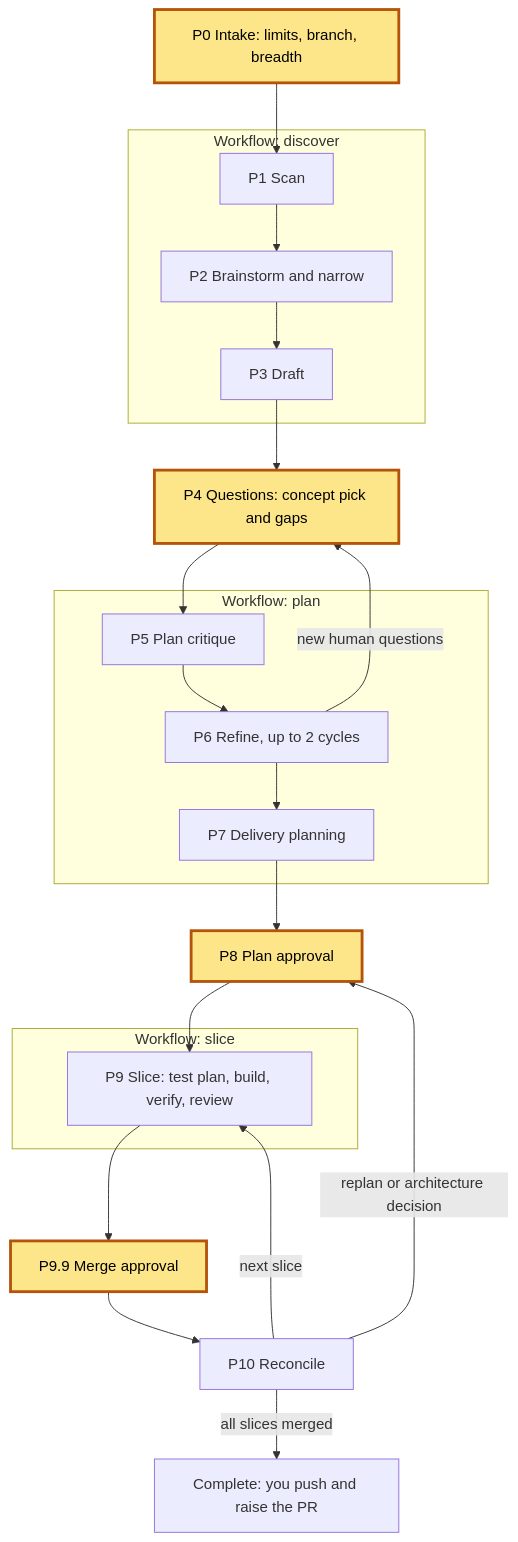
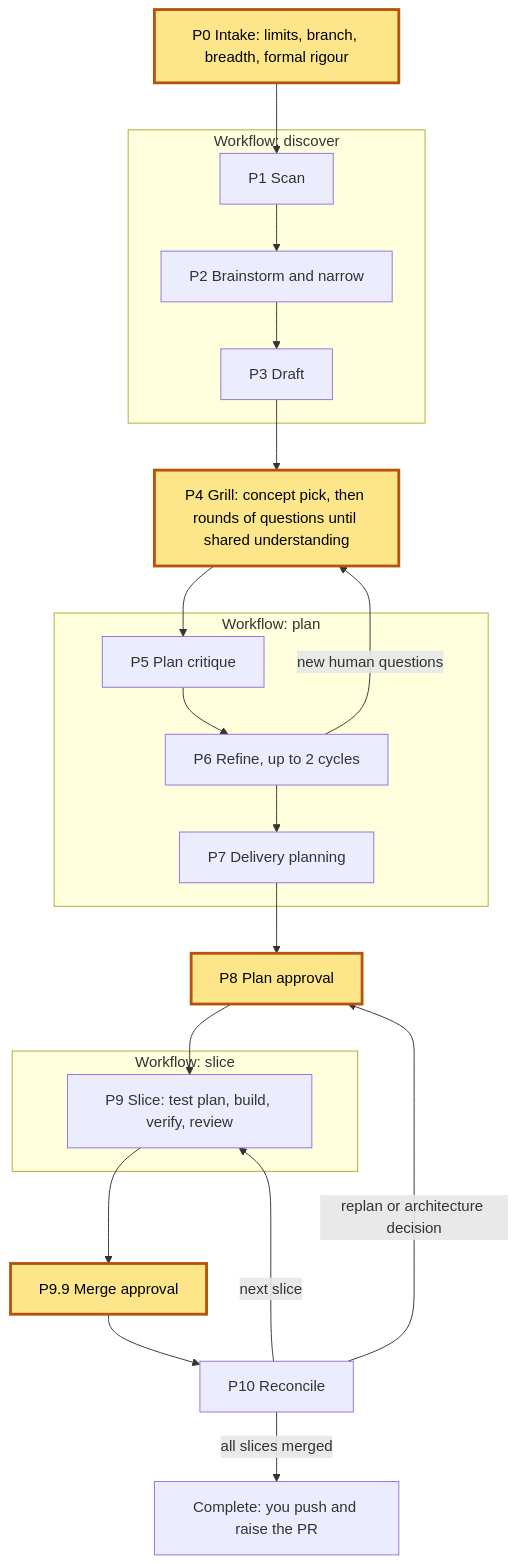
Before and after one commit to vineethvarghese/shipyard: the diagram in docs/diagrams/04-phases.mmd, drawn with Mermaid. The commit also changed 79 other files, not shown here.

First line of the commit message:
feat: P4 grill, seam-first specs and tests, optional formal rigour

```diff
--- a/docs/diagrams/04-phases.mmd
+++ b/docs/diagrams/04-phases.mmd
@@ -1,29 +1,29 @@
 flowchart TD
-    P0["P0 Intake: limits, branch, breadth"]
+    P0["P0 Intake: limits, branch, breadth, formal rigour"]
     subgraph DW["Workflow: discover"]
         P1["P1 Scan"] --> P2["P2 Brainstorm and narrow"] --> P3["P3 Draft"]
     end
-    P4["P4 Questions: concept pick and gaps"]
+    P4["P4 Grill: concept pick, then rounds of questions until shared understanding"]
     subgraph PW["Workflow: plan"]
         P5["P5 Plan critique"] --> P6["P6 Refine, up to 2 cycles"] --> P7["P7 Delivery planning"]
     end
     P8["P8 Plan approval"]
     subgraph SW["Workflow: slice"]
         P9["P9 Slice: test plan, build, verify, review"]
     end
     P99["P9.9 Merge approval"]
     P10["P10 Reconcile"]
     done["Complete: you push and raise the PR"]
     P0 --> P1
     P3 --> P4
     P4 --> P5
     P6 -->|"new human questions"| P4
     P7 --> P8
     P8 --> P9
     P9 --> P99
     P99 --> P10
     P10 -->|"next slice"| P9
     P10 -->|"replan or architecture decision"| P8
     P10 -->|"all slices merged"| done
     classDef human fill:#fde68a,stroke:#b45309,stroke-width:3px,color:#000000
     class P0,P4,P8,P99 human
```
